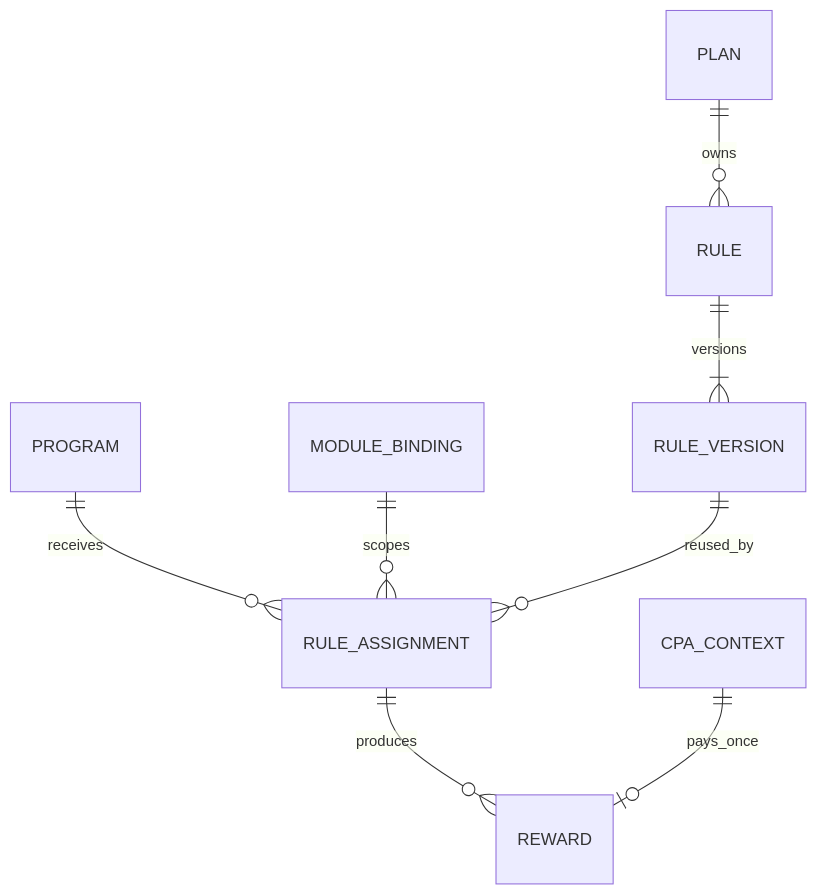
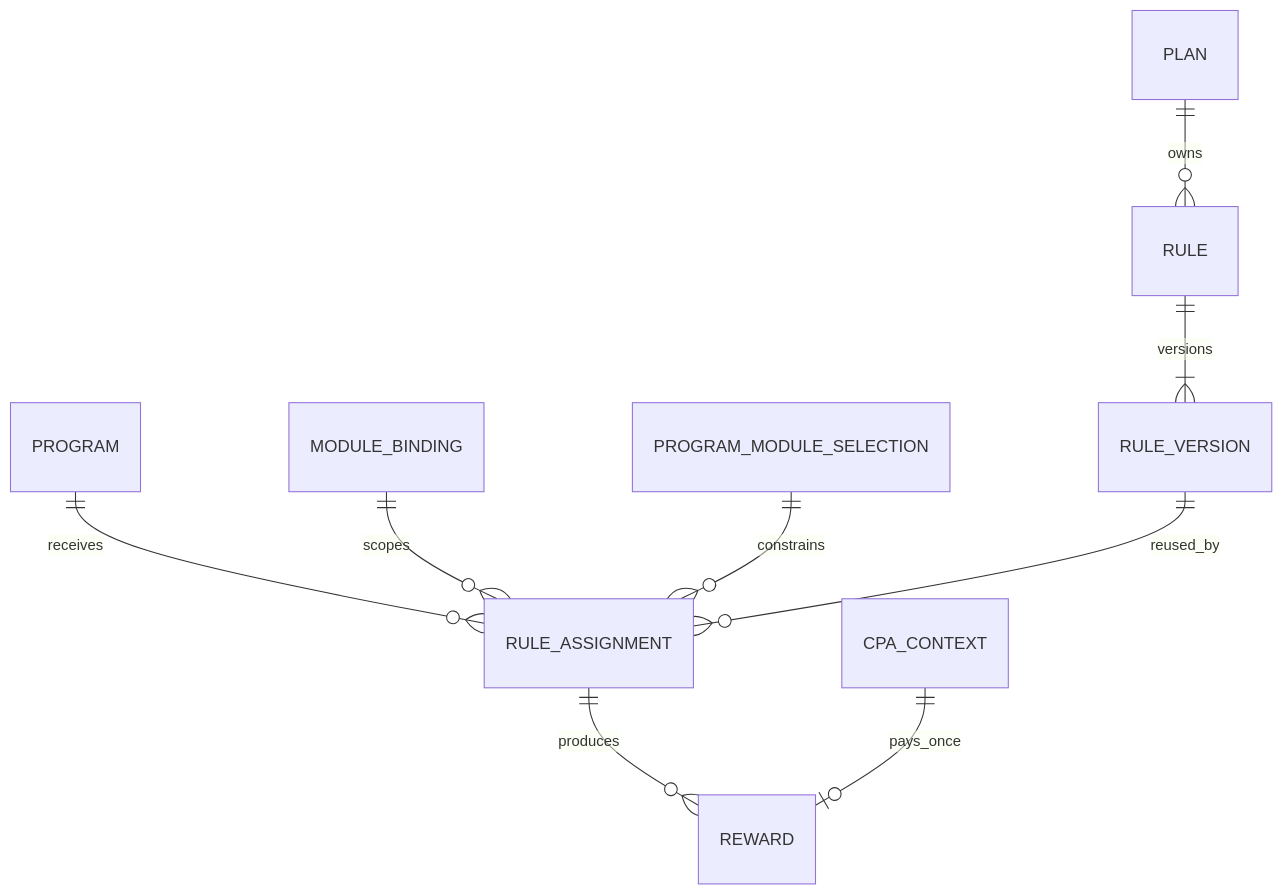
The diagram in docs/bds/rewards.bds.md (MMTech-Solutions/ib-service), drawn with Mermaid before and after one commit. The commit also changed other lines of this file and 81 other files, not shown here.

````diff
--- a/docs/bds/rewards.bds.md
+++ b/docs/bds/rewards.bds.md
@@ -26,10 +28,11 @@
 ```mermaid
 erDiagram
     PLAN ||--o{ RULE : owns
     RULE ||--|{ RULE_VERSION : versions
     PROGRAM ||--o{ RULE_ASSIGNMENT : receives
     MODULE_BINDING ||--o{ RULE_ASSIGNMENT : scopes
+    PROGRAM_MODULE_SELECTION ||--o{ RULE_ASSIGNMENT : constrains
     RULE_VERSION ||--o{ RULE_ASSIGNMENT : reused_by
     RULE_ASSIGNMENT ||--o{ REWARD : produces
     CPA_CONTEXT ||--o| REWARD : pays_once
 ```
````
